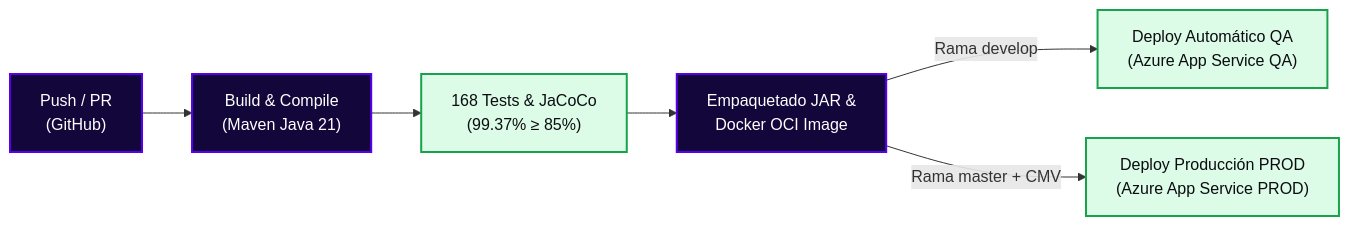
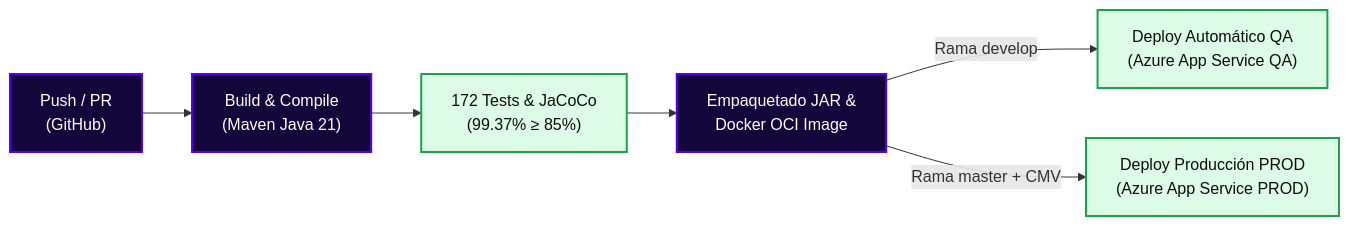
Before and after one commit to StyleRadar1/PT8080-Donations-Service: the diagram in README.md, drawn with Mermaid. The commit also changed other lines of this file and 11 other files, not shown here.

````diff
--- a/README.md
+++ b/README.md
@@ -636,14 +555,14 @@
 ```mermaid
 flowchart LR
     A["Push / PR<br>(GitHub)"] --> B["Build & Compile<br>(Maven Java 21)"]
-    B --> C["168 Tests & JaCoCo<br>(99.37% ≥ 85%)"]
+    B --> C["172 Tests & JaCoCo<br>(99.37% ≥ 85%)"]
     C --> D["Empaquetado JAR &<br>Docker OCI Image"]
     D -->|Rama develop| E["Deploy Automático QA<br>(Azure App Service QA)"]
     D -->|Rama master + CMV| F["Deploy Producción PROD<br>(Azure App Service PROD)"]
 
     classDef step fill:#12063A,stroke:#5600EF,stroke-width:2px,color:#FFFFFF;
     classDef pass fill:#DCFCE7,stroke:#16A34A,stroke-width:2px,color:#0C0C12;
 
     class A,B,D step;
     class C,E,F pass;
 ```
````
